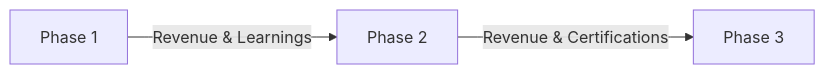
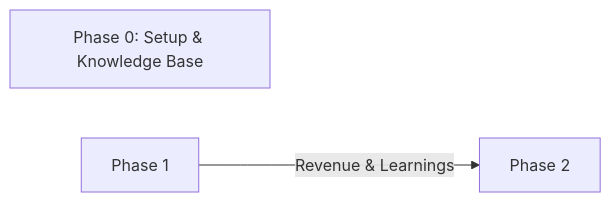
Diagram 32 of 41 in governance/conventions/formatting/diagrams.md (wahidyankf/open-sharia-enterprise), drawn with Mermaid before and after one commit. The commit also changed other lines of this file and 1 other file, not shown here.

First line of the commit message:
fix(oseplatform-web): remove \n from Mermaid node labels in about.md

````diff
--- a/governance/conventions/formatting/diagrams.md
+++ b/governance/conventions/formatting/diagrams.md
@@ -1466,5 +1468,5 @@
 ```mermaid
 graph LR
-    A[Phase 1] -->|"Revenue & Learnings"| B[Phase 2]
-    B -->|"Revenue & Certifications"| C[Phase 3]
+    P0["Phase 0: Setup & Knowledge Base"]:::blue
+    P1["Phase 1"] -->|"Revenue & Learnings"| P2["Phase 2"]
 ```
````
